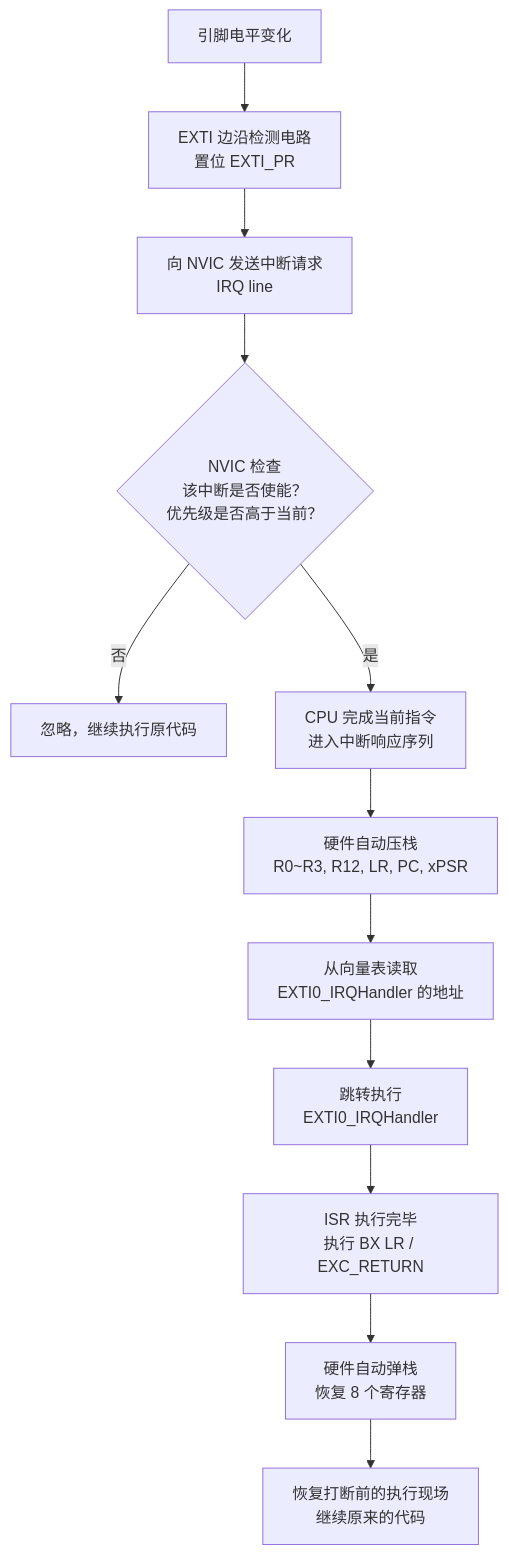
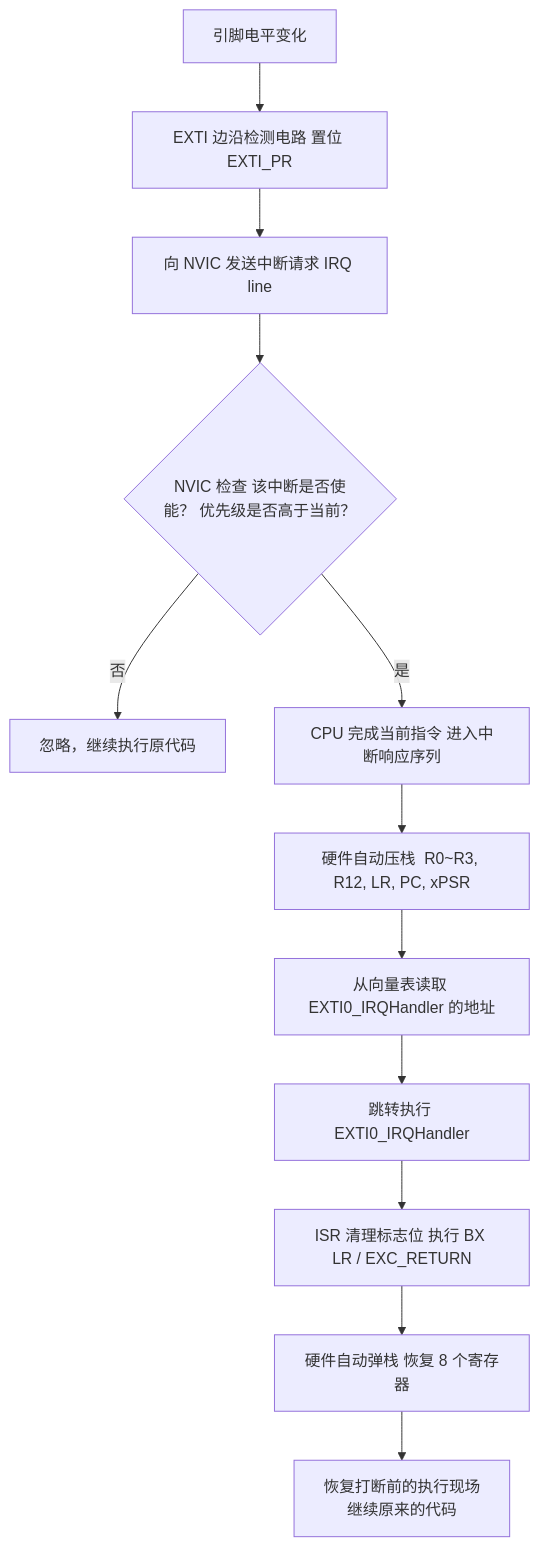
Before and after one commit to MosyuSora/STM32F4Learning: the first of 2 diagrams in tutorials/Chapter2_基础设施_中断系统,定时器和看门狗/Chapter2_基础设施_中断系统,定时器和看门狗.md, drawn with Mermaid. The commit also changed other lines of this file and 3019 other files, not shown here.

Commit message:
Ch2: 重写§4.5(IWDG实战)带代码链接 + 新增WDG工程变体 + noWDG代码/图片

````diff
--- a/tutorials/Chapter2_基础设施_中断系统,定时器和看门狗/Chapter2_基础设施_中断系统,定时器和看门狗.md
+++ b/tutorials/Chapter2_基础设施_中断系统,定时器和看门狗/Chapter2_基础设施_中断系统,定时器和看门狗.md
@@ -92,14 +114,14 @@
 ```mermaid
 flowchart TD
-    A[引脚电平变化] --> B[EXTI 边沿检测电路\n置位 EXTI_PR]
-    B --> C[向 NVIC 发送中断请求\nIRQ line]
-    C --> D{NVIC 检查\n该中断是否使能？\n优先级是否高于当前？}
+    A[引脚电平变化] --> B[EXTI 边沿检测电路 置位 EXTI_PR]
+    B --> C[向 NVIC 发送中断请求 IRQ line]
+    C --> D{NVIC 检查 该中断是否使能？ 优先级是否高于当前？}
     D -- 否 --> E[忽略，继续执行原代码]
-    D -- 是 --> F[CPU 完成当前指令\n进入中断响应序列]
-    F --> G[硬件自动压栈\nR0~R3, R12, LR, PC, xPSR]
-    G --> H[从向量表读取\nEXTI0_IRQHandler 的地址]
-    H --> I[跳转执行\nEXTI0_IRQHandler]
-    I --> J[ISR 执行完毕\n执行 BX LR / EXC_RETURN]
-    J --> K[硬件自动弹栈\n恢复 8 个寄存器]
+    D -- 是 --> F[CPU 完成当前指令 进入中断响应序列]
+    F --> G[硬件自动压栈  R0~R3, R12, LR, PC, xPSR]
+    G --> H[从向量表读取 EXTI0_IRQHandler 的地址]
+    H --> I[跳转执行 EXTI0_IRQHandler]
+    I --> J[ISR 清理标志位 执行 BX LR / EXC_RETURN]
+    J --> K[硬件自动弹栈 恢复 8 个寄存器]
     K --> L[恢复打断前的执行现场\n继续原来的代码]
 ```
````
